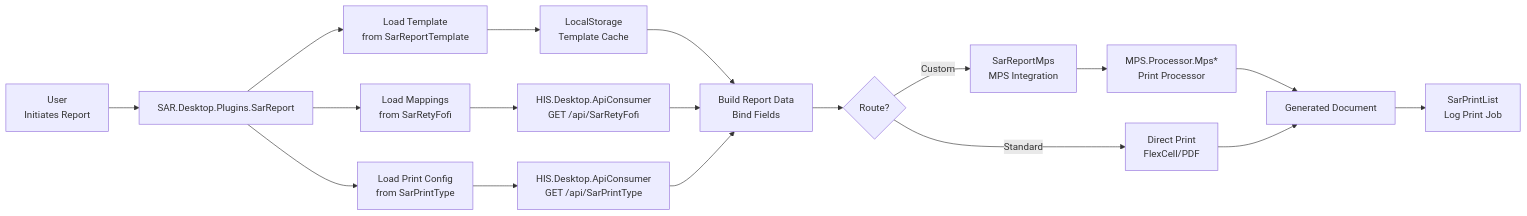
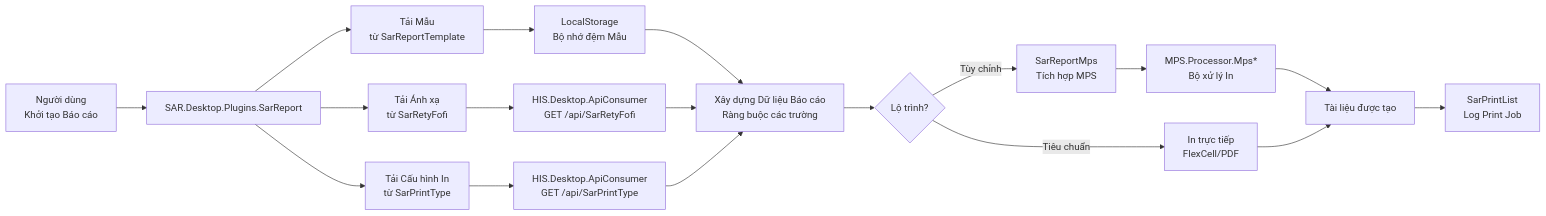
The seventh of 9 diagrams in docs/his-ba-documentation/03-business-domains/laboratory/lis-plugins.md (thangpnb/HIS), drawn with Mermaid before and after one commit. The commit also changed other lines of this file and 30 other files, not shown here.

Commit message:
Refactor architecture docs and update translations

````diff
--- a/docs/his-ba-documentation/03-business-domains/laboratory/lis-plugins.md
+++ b/docs/his-ba-documentation/03-business-domains/laboratory/lis-plugins.md
@@ -778,26 +752,26 @@
 ```mermaid
 graph LR
-    User["User<br/>Initiates Report"] --> SarReport["SAR.Desktop.Plugins.SarReport"]
+    User["Người dùng<br/>Khởi tạo Báo cáo"] --> SarReport["SAR.Desktop.Plugins.SarReport"]
     
-    SarReport --> LoadTemplate["Load Template<br/>from SarReportTemplate"]
-    SarReport --> LoadMapping["Load Mappings<br/>from SarRetyFofi"]
-    SarReport --> LoadPrintType["Load Print Config<br/>from SarPrintType"]
+    SarReport --> LoadTemplate["Tải Mẫu<br/>từ SarReportTemplate"]
+    SarReport --> LoadMapping["Tải Ánh xạ<br/>từ SarRetyFofi"]
+    SarReport --> LoadPrintType["Tải Cấu hình In<br/>từ SarPrintType"]
     
-    LoadTemplate --> TemplateCache["LocalStorage<br/>Template Cache"]
+    LoadTemplate --> TemplateCache["LocalStorage<br/>Bộ nhớ đệm Mẫu"]
     LoadMapping --> API["HIS.Desktop.ApiConsumer<br/>GET /api/SarRetyFofi"]
     LoadPrintType --> API2["HIS.Desktop.ApiConsumer<br/>GET /api/SarPrintType"]
     
-    TemplateCache --> BuildReport["Build Report Data<br/>Bind Fields"]
+    TemplateCache --> BuildReport["Xây dựng Dữ liệu Báo cáo<br/>Ràng buộc các trường"]
     API --> BuildReport
     API2 --> BuildReport
     
-    BuildReport --> RouteDecision{Route?}
-    RouteDecision -->|Custom| SarReportMps["SarReportMps<br/>MPS Integration"]
-    RouteDecision -->|Standard| DirectPrint["Direct Print<br/>FlexCell/PDF"]
+    BuildReport --> RouteDecision{Lộ trình?}
+    RouteDecision -->|Tùy chỉnh| SarReportMps["SarReportMps<br/>Tích hợp MPS"]
+    RouteDecision -->|Tiêu chuẩn| DirectPrint["In trực tiếp<br/>FlexCell/PDF"]
     
-    SarReportMps --> MPS["MPS.Processor.Mps*<br/>Print Processor"]
-    MPS --> Output["Generated Document"]
+    SarReportMps --> MPS["MPS.Processor.Mps*<br/>Bộ xử lý In"]
+    MPS --> Output["Tài liệu được tạo"]
     DirectPrint --> Output
     
     Output --> SarPrintList["SarPrintList<br/>Log Print Job"]
 ```
````
